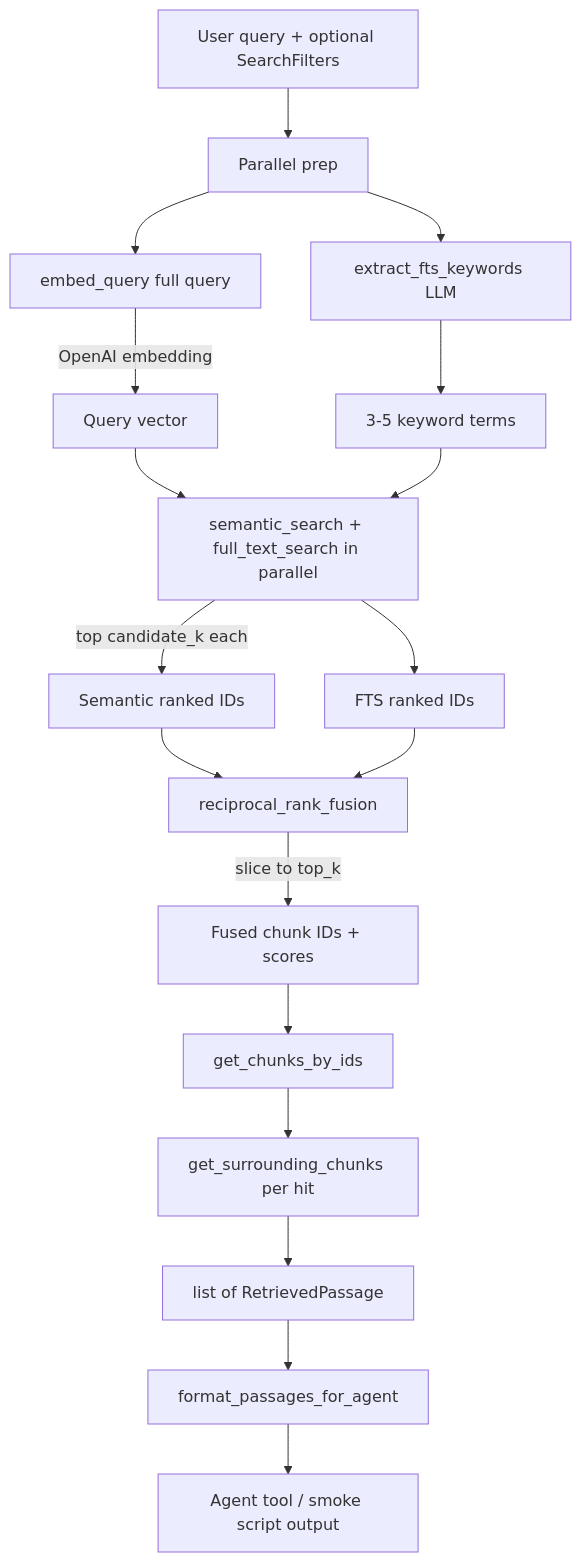
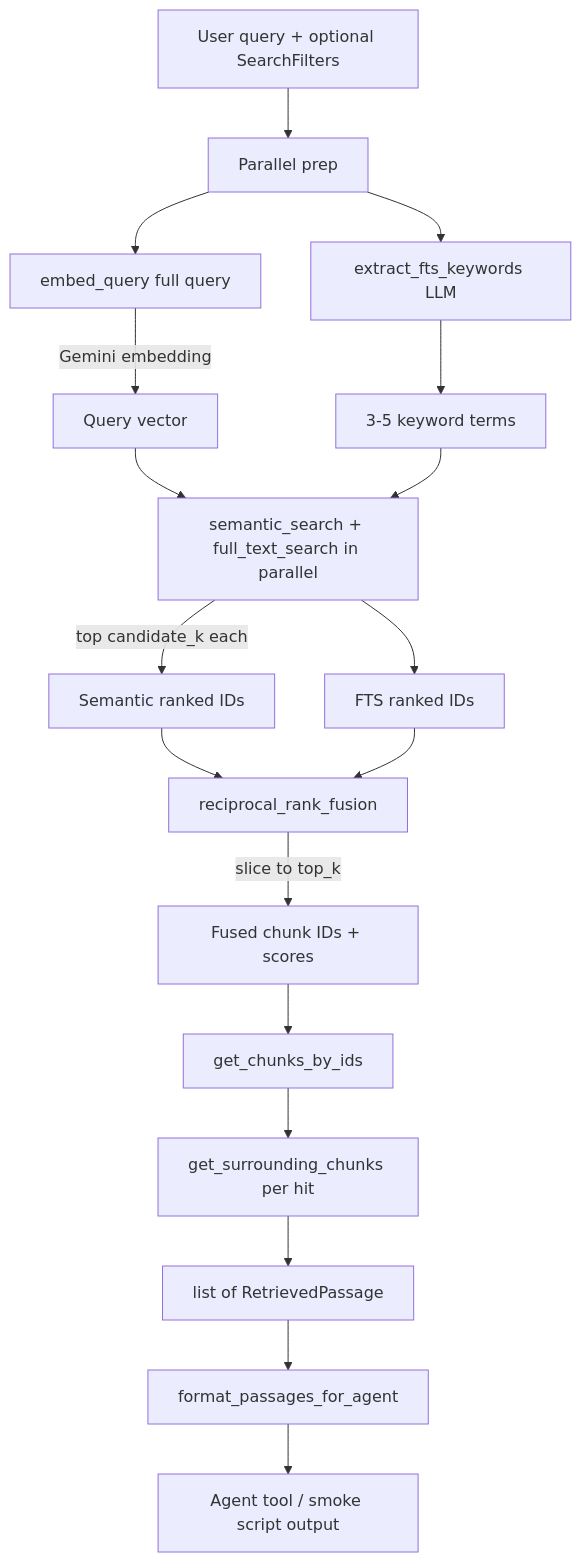
The diagram in backend/app/retrieval/README.md (gauravpatil11/document-copilot-development), drawn with Mermaid before and after one commit. The commit also changed other lines of this file and 11 other files, not shown here.

````diff
--- a/backend/app/retrieval/README.md
+++ b/backend/app/retrieval/README.md
@@ -7,25 +7,25 @@
 ```mermaid
 flowchart TD
     Q[User query + optional SearchFilters] --> PAR[Parallel prep]
     PAR --> E[embed_query full query]
     PAR --> KW[extract_fts_keywords LLM]
-    E -->|OpenAI embedding| VEC[Query vector]
+    E -->|Gemini embedding| VEC[Query vector]
     KW --> FTSQ[3-5 keyword terms]
 
     VEC --> DUAL[semantic_search + full_text_search in parallel]
     FTSQ --> DUAL
 
     DUAL -->|top candidate_k each| SEM_IDS[Semantic ranked IDs]
     DUAL --> FTS_IDS[FTS ranked IDs]
 
     SEM_IDS --> RRF[reciprocal_rank_fusion]
     FTS_IDS --> RRF
     RRF -->|slice to top_k| FUSED[Fused chunk IDs + scores]
 
     FUSED --> HYDRATE[get_chunks_by_ids]
     HYDRATE --> NEIGH[get_surrounding_chunks per hit]
     NEIGH --> OUT[list of RetrievedPassage]
 
     OUT --> FMT[format_passages_for_agent]
     FMT --> AGENT[Agent tool / smoke script output]
 ```
````
